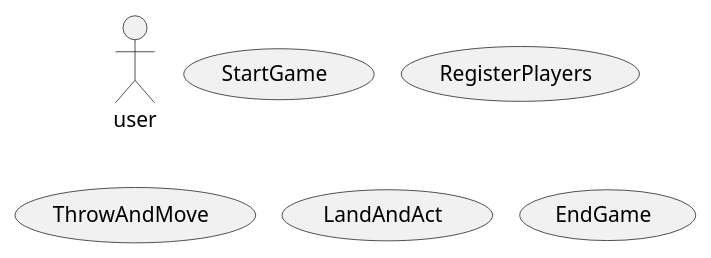
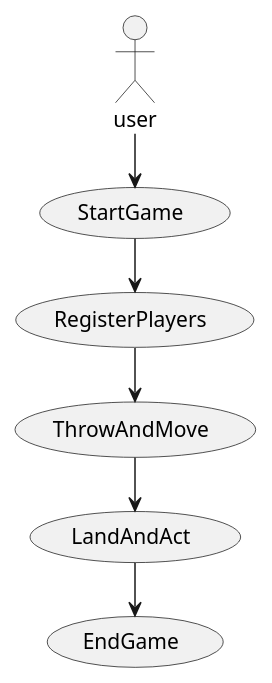
The diagram in doc/dynamic/use-cases.puml (Dat1Cphbusiness/MonopolyE26), drawn with PlantUML before and after one commit. The commit also changed 1 other file, not shown here.

```diff
--- a/doc/dynamic/use-cases.puml
+++ b/doc/dynamic/use-cases.puml
@@ -1,15 +1,19 @@
 @startuml
 !pragma layout smetana
 
   actor user as u
 
 
   usecase "StartGame" as UC1
   usecase "RegisterPlayers" as UC2
   usecase "ThrowAndMove" as UC3
   usecase "LandAndAct" as UC4
   usecase "EndGame" as UC5
 
-
+  u --> UC1
+  UC1 --> UC2
+  UC2 --> UC3
+  UC3 --> UC4
+  UC4 --> UC5
 
 @enduml
```
